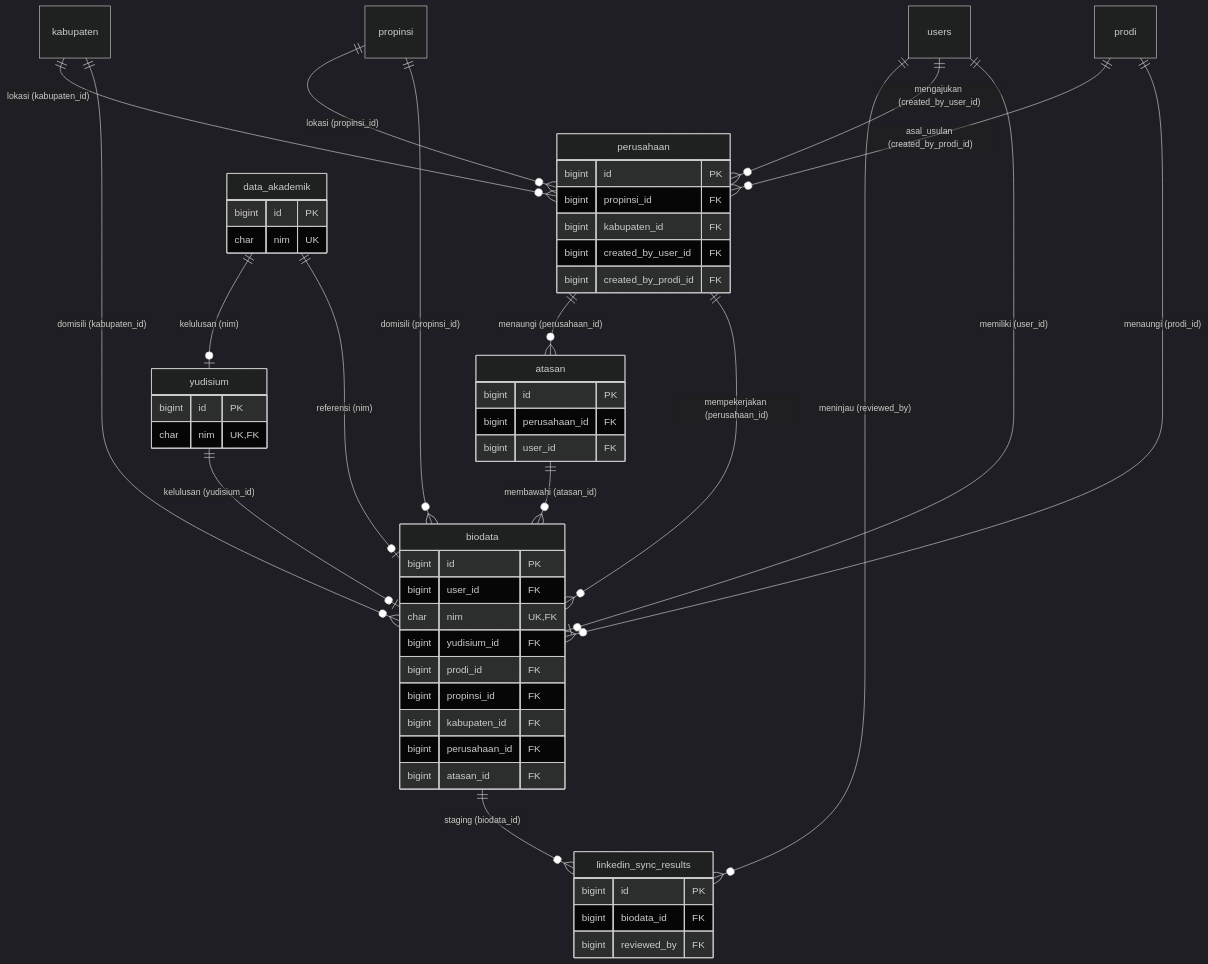
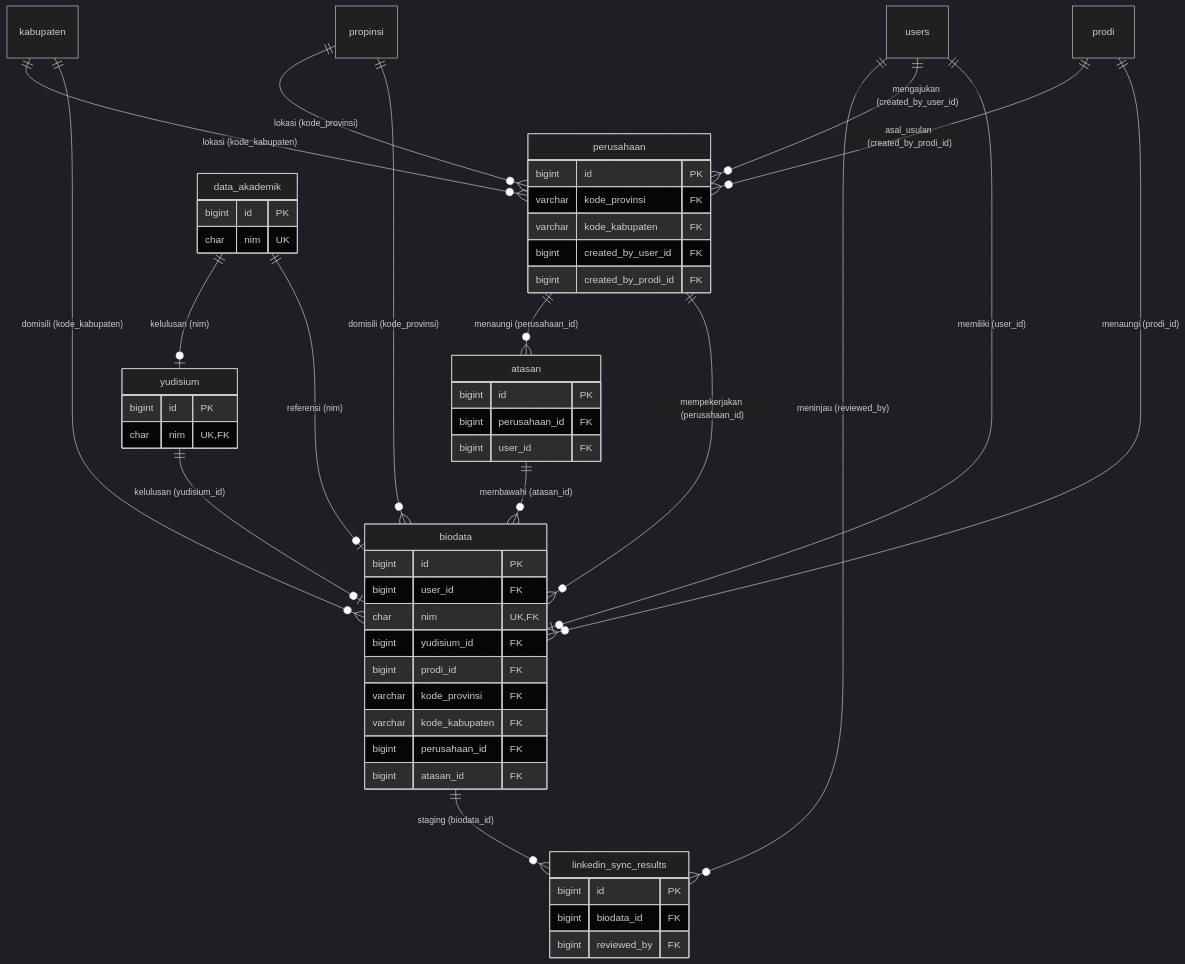
One commit to claraanjelitakd/tugas-akhir changed the fourth of 8 diagrams in ERD.md. Above: the diagram before and after it, drawn with Mermaid (dark theme). The commit also changed other lines of this file and 118 other files, not shown here.

Commit message:
chore: align canonical schema analytics and documentation

````diff
--- a/ERD.md
+++ b/ERD.md
@@ -176,61 +174,61 @@
 ```mermaid
 erDiagram
     users ||--o| biodata : "memiliki (user_id)"
     users ||--o{ perusahaan : "mengajukan (created_by_user_id)"
     data_akademik ||--o| biodata : "referensi (nim)"
     data_akademik ||--o| yudisium : "kelulusan (nim)"
     yudisium ||--o| biodata : "kelulusan (yudisium_id)"
     prodi ||--o{ biodata : "menaungi (prodi_id)"
     prodi ||--o{ perusahaan : "asal_usulan (created_by_prodi_id)"
-    propinsi ||--o{ biodata : "domisili (propinsi_id)"
-    kabupaten ||--o{ biodata : "domisili (kabupaten_id)"
-    propinsi ||--o{ perusahaan : "lokasi (propinsi_id)"
-    kabupaten ||--o{ perusahaan : "lokasi (kabupaten_id)"
+    propinsi ||--o{ biodata : "domisili (kode_provinsi)"
+    kabupaten ||--o{ biodata : "domisili (kode_kabupaten)"
+    propinsi ||--o{ perusahaan : "lokasi (kode_provinsi)"
+    kabupaten ||--o{ perusahaan : "lokasi (kode_kabupaten)"
     perusahaan ||--o{ biodata : "mempekerjakan (perusahaan_id)"
     perusahaan ||--o{ atasan : "menaungi (perusahaan_id)"
     atasan ||--o{ biodata : "membawahi (atasan_id)"
     biodata ||--o{ linkedin_sync_results : "staging (biodata_id)"
     users ||--o{ linkedin_sync_results : "meninjau (reviewed_by)"
 
     data_akademik {
         bigint id PK
         char nim UK
     }
 
     yudisium {
         bigint id PK
         char nim UK,FK
     }
 
     biodata {
         bigint id PK
         bigint user_id FK
         char nim UK,FK
         bigint yudisium_id FK
         bigint prodi_id FK
-        bigint propinsi_id FK
-        bigint kabupaten_id FK
+        varchar kode_provinsi FK
+        varchar kode_kabupaten FK
         bigint perusahaan_id FK
         bigint atasan_id FK
     }
 
     perusahaan {
         bigint id PK
-        bigint propinsi_id FK
-        bigint kabupaten_id FK
+        varchar kode_provinsi FK
+        varchar kode_kabupaten FK
         bigint created_by_user_id FK
         bigint created_by_prodi_id FK
     }
 
     atasan {
         bigint id PK
         bigint perusahaan_id FK
         bigint user_id FK
     }
 
     linkedin_sync_results {
         bigint id PK
         bigint biodata_id FK
         bigint reviewed_by FK
     }
 ```
````
